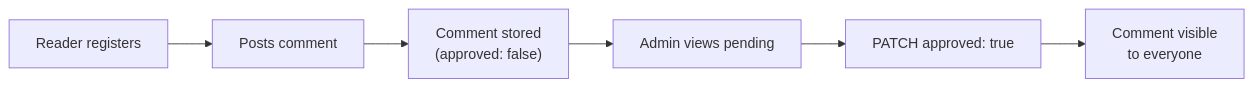
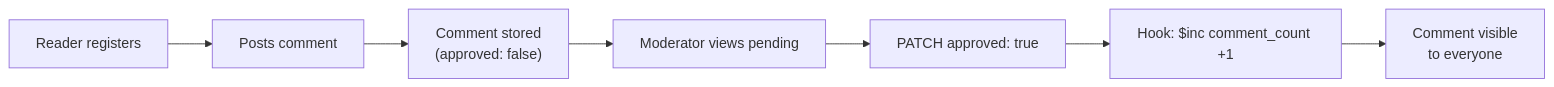
One commit to ranfysvalle02/blog-zero changed the first of 2 diagrams in BLOG_101.md. Above: the diagram before and after it, drawn with Mermaid. The commit also changed other lines of this file and 17 other files, not shown here.

````diff
--- a/BLOG_101.md
+++ b/BLOG_101.md
@@ -501,11 +695,12 @@
 ```mermaid
 flowchart LR
     Reader["Reader registers"]
     Comment["Posts comment"]
     Pending["Comment stored<br/>(approved: false)"]
-    Admin["Admin views pending"]
+    Mod["Moderator views pending"]
     Approve["PATCH approved: true"]
+    Inc["Hook: $inc comment_count +1"]
     Public["Comment visible<br/>to everyone"]
 
-    Reader --> Comment --> Pending --> Admin --> Approve --> Public
+    Reader --> Comment --> Pending --> Mod --> Approve --> Inc --> Public
 ```
````
